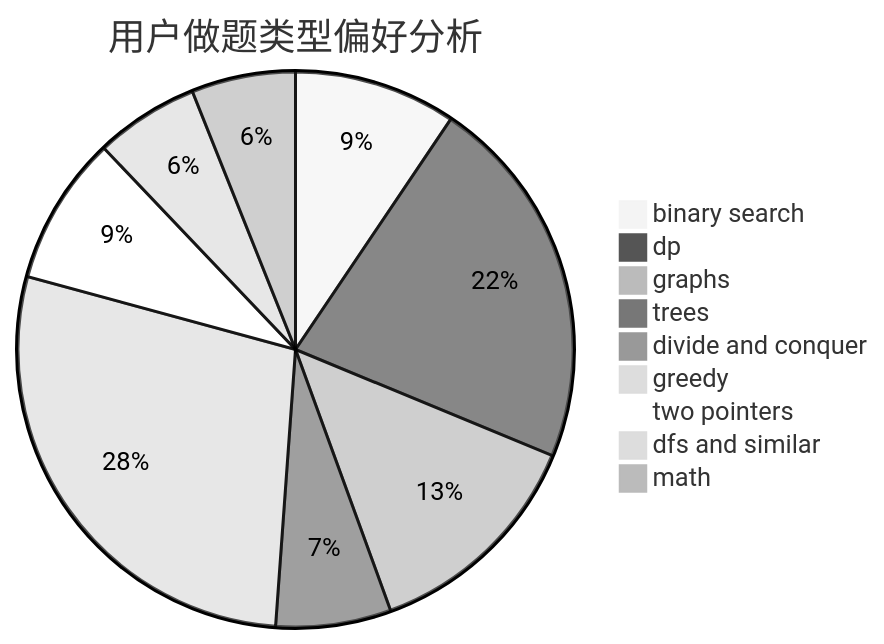
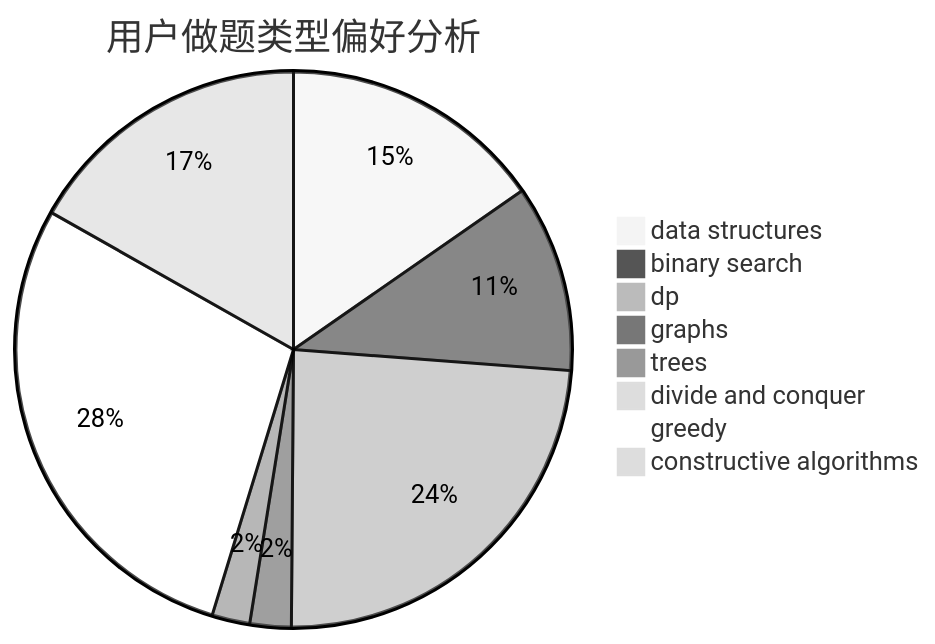
The second of 3 diagrams in docs/user/u413.md (sherpahu/cfrs.github.io), drawn with Mermaid (neutral theme) before and after one commit. The commit also changed other lines of this file and 2775 other files, not shown here.

````diff
--- a/docs/user/u413.md
+++ b/docs/user/u413.md
@@ -23,12 +23,11 @@
 ```mermaid
 pie title 用户做题类型偏好分析
-    "binary search" :  231
-    "dp" :  533
-    "graphs" :  323
-    "trees" :  164
-    "divide and conquer" :  13
-    "greedy" :  687
-    "two pointers" :  212
-    "dfs and similar" :  148
-    "math" :  148
+    "data structures" :  313
+    "binary search" :  222
+    "dp" :  488
+    "graphs" :  49
+    "trees" :  45
+    "divide and conquer" :  0
+    "greedy" :  581
+    "constructive algorithms" :  343
 ```
````
